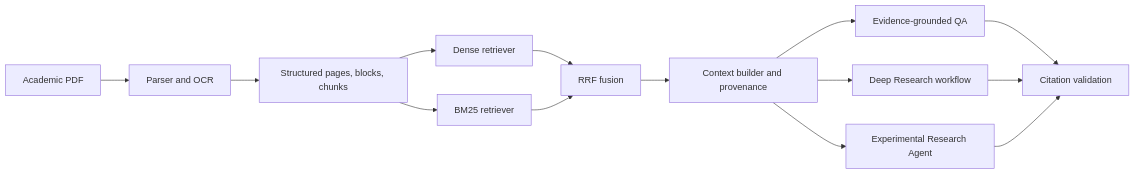
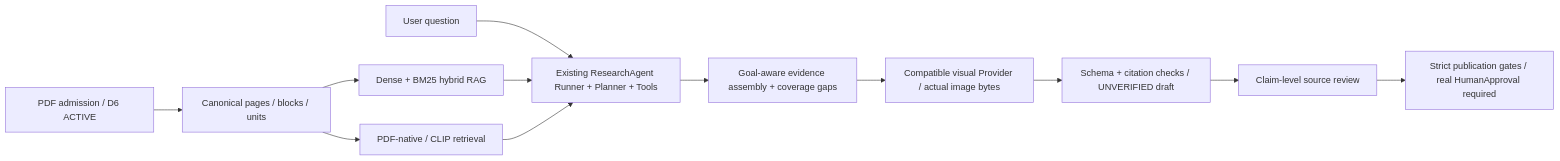
One commit to zhangjf314/Research changed the diagram in README.md. Above: the diagram before and after it, drawn with Mermaid. The commit also changed other lines of this file and 120 other files, not shown here.

````diff
--- a/README.md
+++ b/README.md
@@ -54,16 +19,14 @@
 ```mermaid
 flowchart LR
-    P[Academic PDF] --> I[Parser and OCR]
-    I --> S[Structured pages, blocks, chunks]
-    S --> D[Dense retriever]
-    S --> B[BM25 retriever]
-    D --> R[RRF fusion]
-    B --> R
-    R --> C[Context builder and provenance]
-    C --> Q[Evidence-grounded QA]
-    C --> W[Deep Research workflow]
-    C --> A[Experimental Research Agent]
-    Q --> V[Citation validation]
-    W --> V
-    A --> V
+  PDF[PDF admission / D6 ACTIVE] --> I[Canonical pages / blocks / units]
+  I --> H[Dense + BM25 hybrid RAG]
+  I --> N[PDF-native / CLIP retrieval]
+  R[User question] --> A[Existing ResearchAgent Runner + Planner + Tools]
+  H --> A
+  N --> A
+  A --> E[Goal-aware evidence assembly + coverage gaps]
+  E --> V[Compatible visual Provider / actual image bytes]
+  V --> D[Schema + citation checks / UNVERIFIED draft]
+  D --> S[Claim-level source review]
+  S --> P[Strict publication gates / real HumanApproval required]
 ```
````
